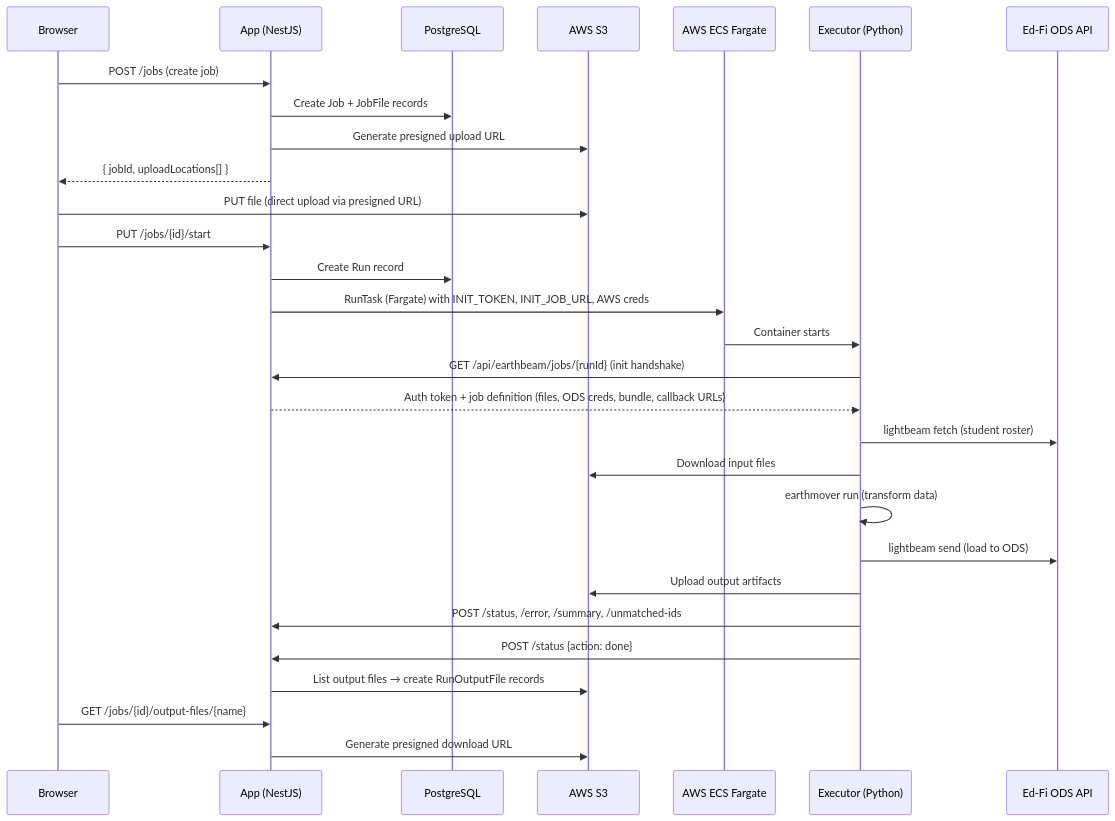
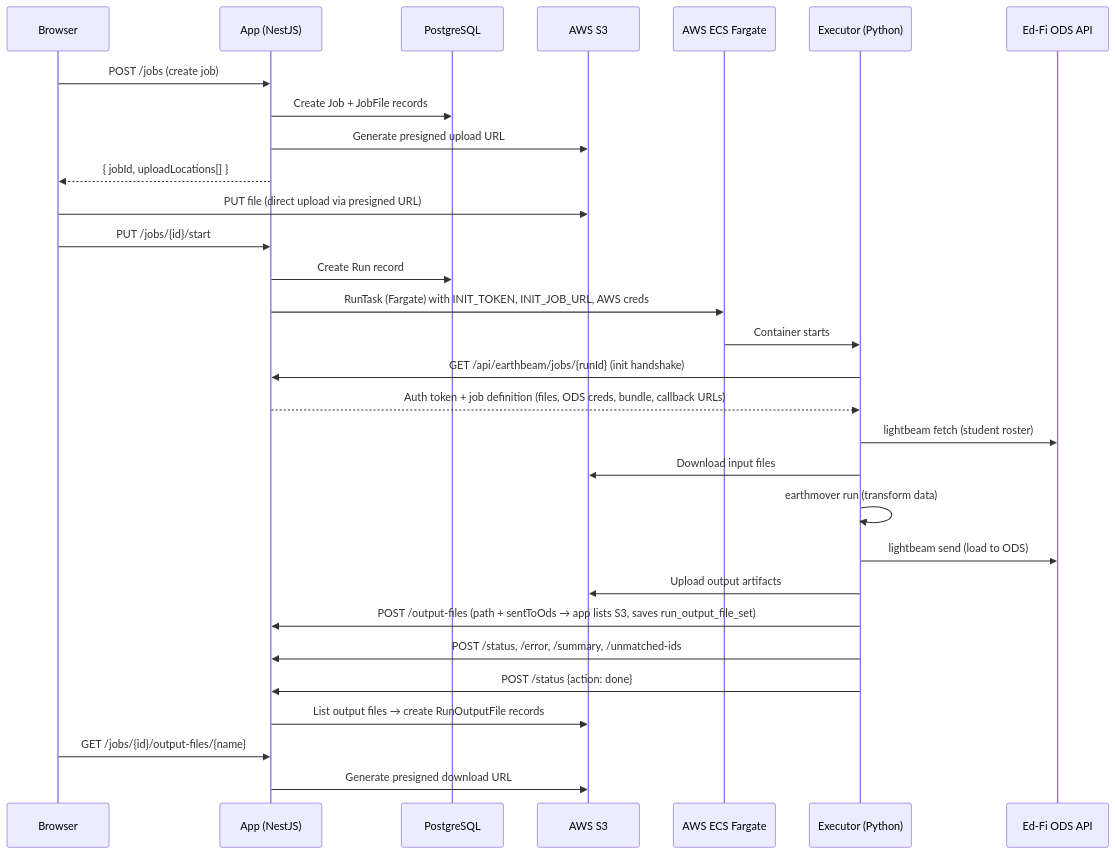
Before and after one commit to edanalytics/runway: the diagram in AGENTS.md, drawn with Mermaid. The commit also changed other lines of this file and 5 other files, not shown here.

First line of the commit message:
fix path validation, store output file set path, update AGENTS.md

````diff
--- a/AGENTS.md
+++ b/AGENTS.md
@@ -84,39 +84,40 @@
 ```mermaid
 sequenceDiagram
     participant User as Browser
     participant App as App (NestJS)
     participant DB as PostgreSQL
     participant S3 as AWS S3
     participant ECS as AWS ECS Fargate
     participant Exec as Executor (Python)
     participant ODS as Ed-Fi ODS API
 
     User->>App: POST /jobs (create job)
     App->>DB: Create Job + JobFile records
     App->>S3: Generate presigned upload URL
     App-->>User: { jobId, uploadLocations[] }
 
     User->>S3: PUT file (direct upload via presigned URL)
 
     User->>App: PUT /jobs/{id}/start
     App->>DB: Create Run record
     App->>ECS: RunTask (Fargate) with INIT_TOKEN, INIT_JOB_URL, AWS creds
 
     ECS->>Exec: Container starts
     Exec->>App: GET /api/earthbeam/jobs/{runId} (init handshake)
     App-->>Exec: Auth token + job definition (files, ODS creds, bundle, callback URLs)
 
     Exec->>ODS: lightbeam fetch (student roster)
     Exec->>S3: Download input files
     Exec->>Exec: earthmover run (transform data)
     Exec->>ODS: lightbeam send (load to ODS)
     Exec->>S3: Upload output artifacts
+    Exec->>App: POST /output-files (path + sentToOds → app lists S3, saves run_output_file_set)
 
     Exec->>App: POST /status, /error, /summary, /unmatched-ids
     Exec->>App: POST /status {action: done}
 
     App->>S3: List output files → create RunOutputFile records
 
     User->>App: GET /jobs/{id}/output-files/{name}
     App->>S3: Generate presigned download URL
 ```
````
